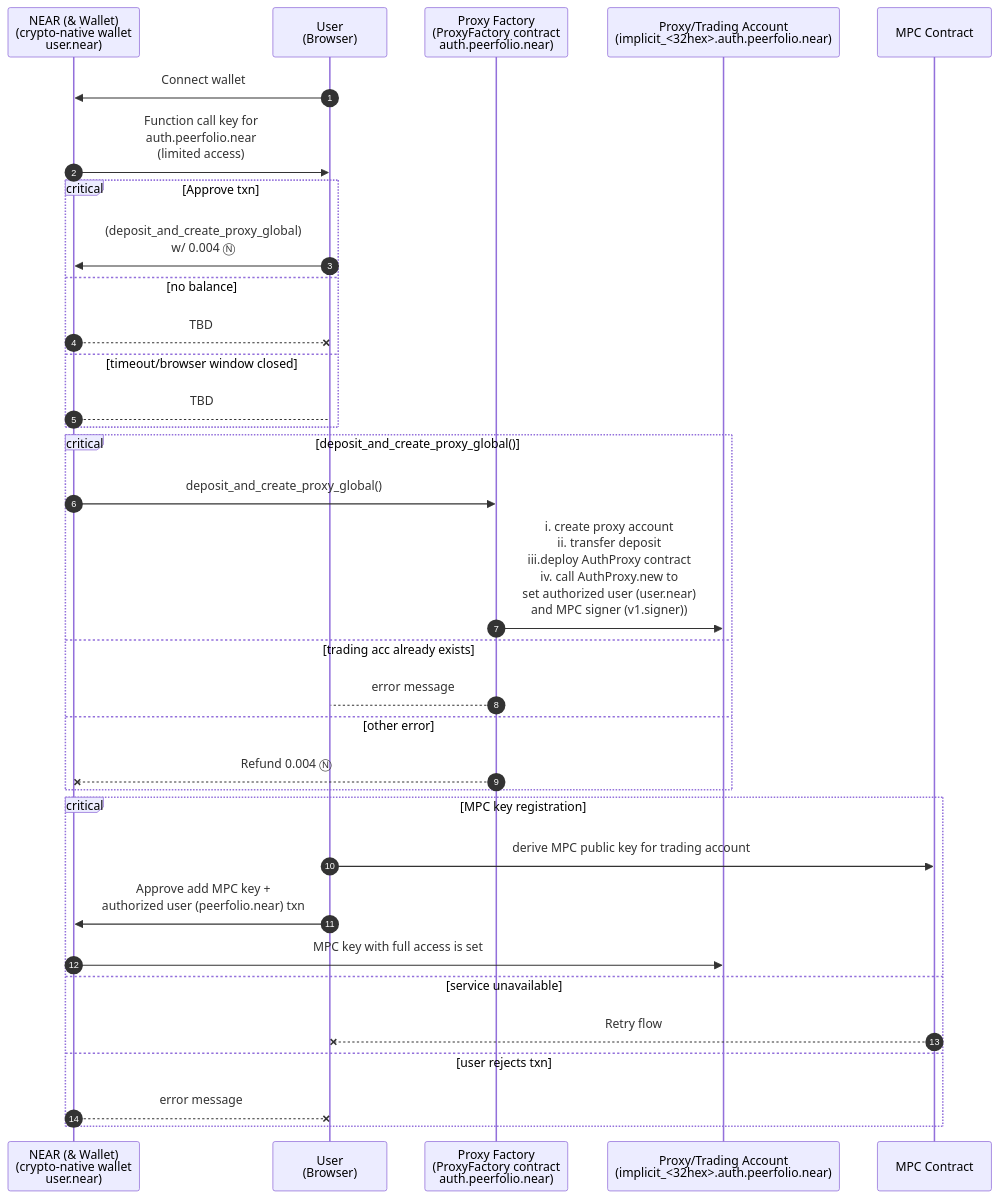
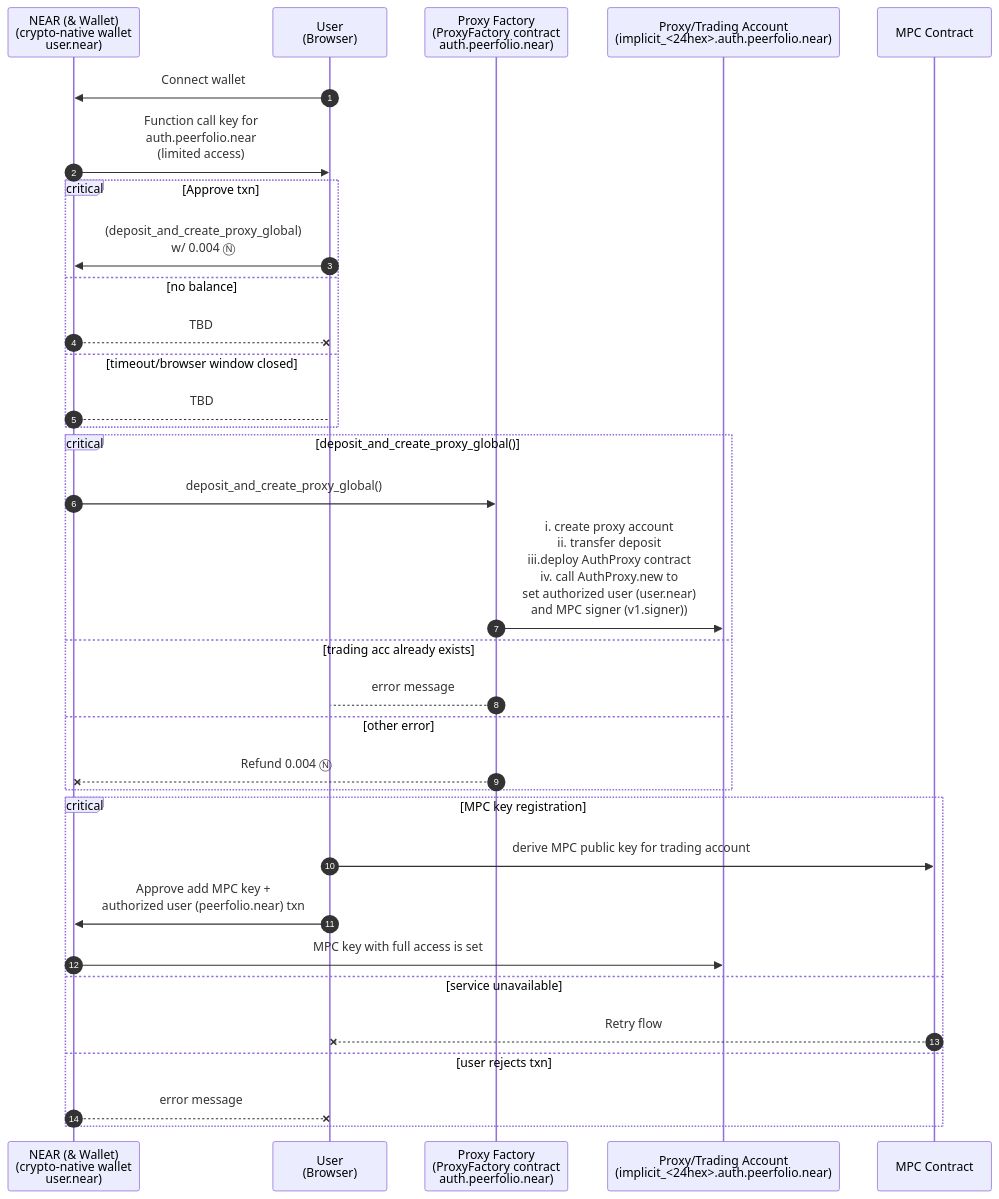
The first of 2 diagrams in README.md (beneviolabs/autonomous-trading-account), drawn with Mermaid before and after one commit. The commit also changed other lines of this file and 3 other files, not shown here.

````diff
--- a/README.md
+++ b/README.md
@@ -31,37 +31,37 @@
   ```mermaid
 sequenceDiagram
     autonumber
     participant Wallet as NEAR (& Wallet) <br> (crypto-native wallet<br>user.near)
     participant User as User <br> (Browser)
     participant ProxyFac as Proxy Factory <br>(ProxyFactory contract<br>auth.peerfolio.near)
-    participant TradingAcc as Proxy/Trading Account <br>(implicit_<32hex>.auth.peerfolio.near)
+    participant TradingAcc as Proxy/Trading Account <br>(implicit_<24hex>.auth.peerfolio.near)
     participant MPC as MPC Contract
 
     User->>Wallet: Connect wallet
     Wallet->>User: Function call key for <br> auth.peerfolio.near <br> (limited access)
     critical Approve txn
         User->>Wallet: (deposit_and_create_proxy_global) <br> w/ 0.004 Ⓝ
     option no balance
         Wallet--xUser: TBD
     option timeout/browser window closed
         Wallet-->User: TBD
     end
     critical deposit_and_create_proxy_global()
         Wallet->>ProxyFac: deposit_and_create_proxy_global()
         ProxyFac->>TradingAcc: i. create proxy account<br>ii. transfer deposit<br>iii.deploy AuthProxy contract<br>iv. call AuthProxy.new to<br> set authorized user (user.near) <br> and MPC signer (v1.signer))
     option trading acc already exists
         ProxyFac-->User: error message
     option other error
         ProxyFac--xWallet: Refund 0.004 Ⓝ
     end
 
     critical MPC key registration
         User->>MPC: derive MPC public key for trading account
         User->>Wallet: Approve add MPC key + <br> authorized user (peerfolio.near) txn
         Wallet->>TradingAcc: MPC key with full access is set
     option service unavailable
         MPC--xUser: Retry flow
     option user rejects txn
         Wallet--xUser: error message
     end
   ```
````
